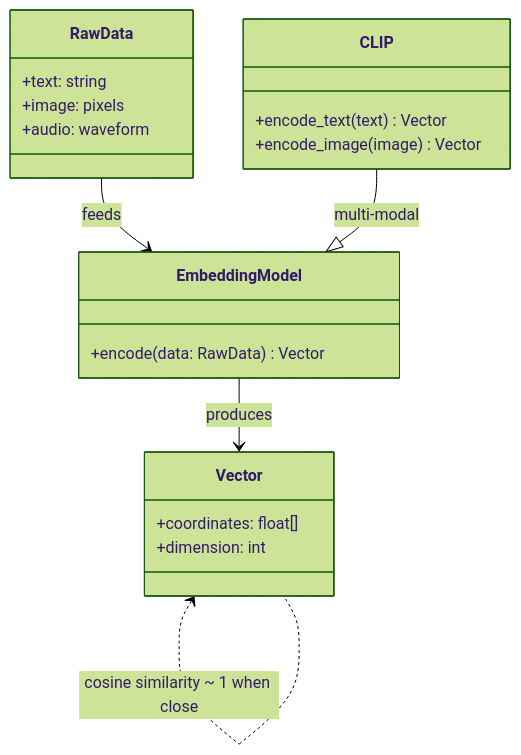
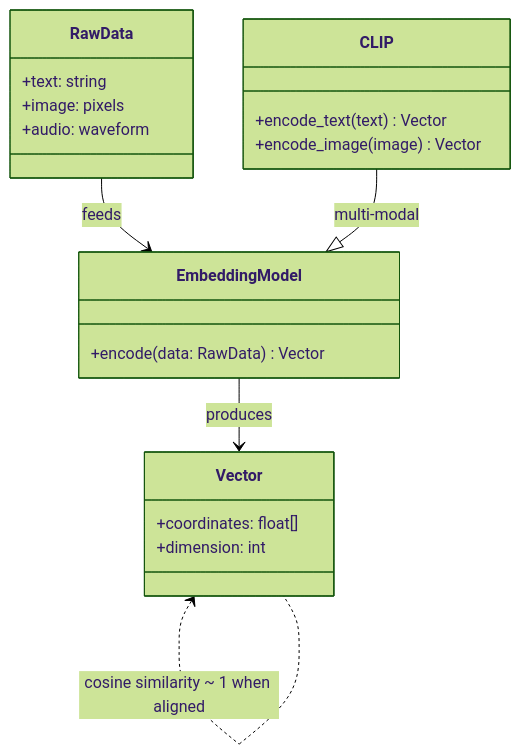
Before and after one commit to Yamrc/RC-Blog: the first of 2 diagrams in src/content/posts/what-is-vector-search.md, drawn with Mermaid (forest theme). The commit also changed other lines of this file, not shown here.

````diff
--- a/src/content/posts/what-is-vector-search.md
+++ b/src/content/posts/what-is-vector-search.md
@@ -39,23 +39,23 @@
 ```mermaid
 classDiagram
     class RawData {
         +text: string
         +image: pixels
         +audio: waveform
     }
     class EmbeddingModel {
         +encode(data: RawData) Vector
     }
     class Vector {
         +coordinates: float[]
         +dimension: int
     }
     class CLIP {
         +encode_text(text) Vector
         +encode_image(image) Vector
     }
     RawData --> EmbeddingModel : feeds
     EmbeddingModel --> Vector : produces
     CLIP --|> EmbeddingModel : multi-modal
-    Vector <.. Vector : cosine similarity ~ 1 when close
+    Vector <.. Vector : cosine similarity ~ 1 when aligned
 ```
````
